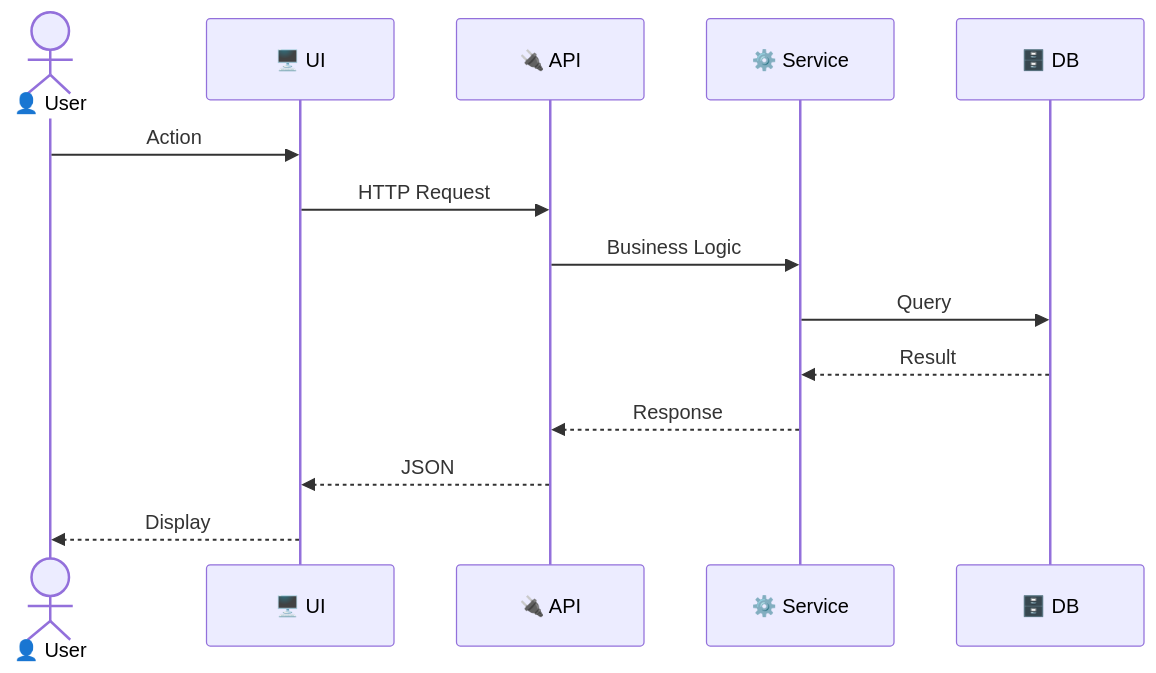
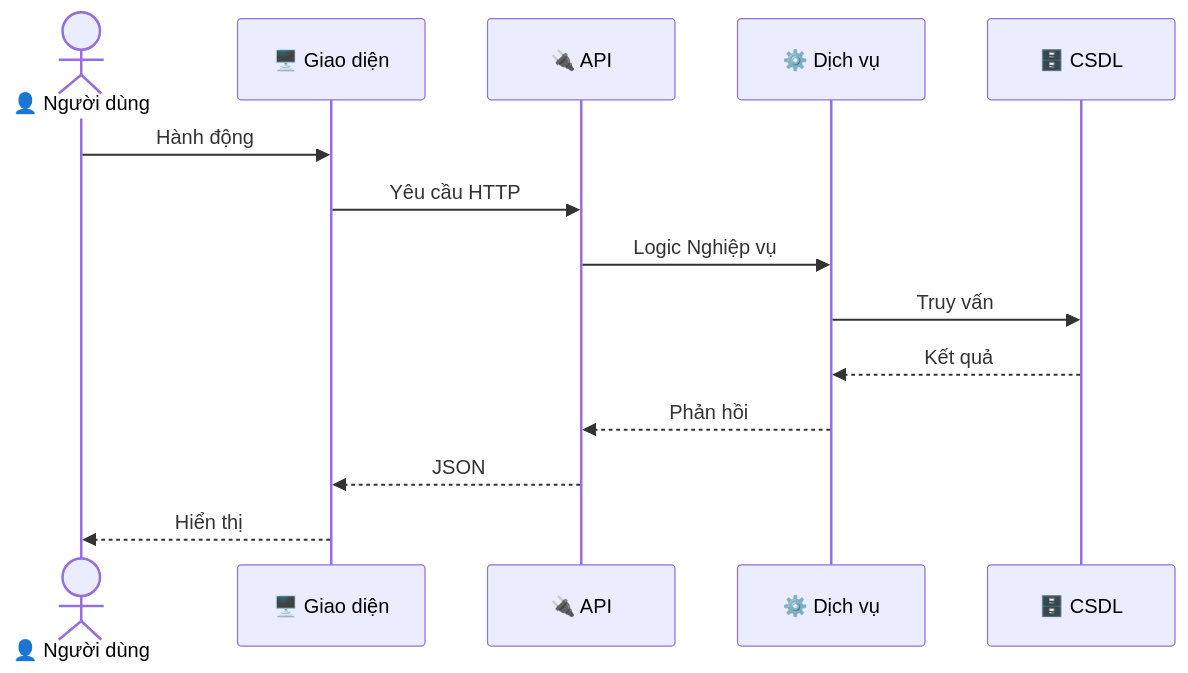
The second of 2 diagrams in docs/06_Diagrams/Sequence/README.md (Ng0cTh4nhk5/ufpms-docs), drawn with Mermaid before and after one commit. The commit also changed other lines of this file and 70 other files, not shown here.

````diff
--- a/docs/06_Diagrams/Sequence/README.md
+++ b/docs/06_Diagrams/Sequence/README.md
@@ -152,17 +152,17 @@
 ```mermaid
 sequenceDiagram
-    actor User as 👤 User
-    participant UI as 🖥️ UI
+    actor User as 👤 Người dùng
+    participant UI as 🖥️ Giao diện
     participant API as 🔌 API
-    participant Service as ⚙️ Service
-    participant DB as 🗄️ DB
+    participant Service as ⚙️ Dịch vụ
+    participant DB as 🗄️ CSDL
     
-    User->>UI: Action
-    UI->>API: HTTP Request
-    API->>Service: Business Logic
-    Service->>DB: Query
-    DB-->>Service: Result
-    Service-->>API: Response
+    User->>UI: Hành động
+    UI->>API: Yêu cầu HTTP
+    API->>Service: Logic Nghiệp vụ
+    Service->>DB: Truy vấn
+    DB-->>Service: Kết quả
+    Service-->>API: Phản hồi
     API-->>UI: JSON
-    UI-->>User: Display
+    UI-->>User: Hiển thị
 ```
````
